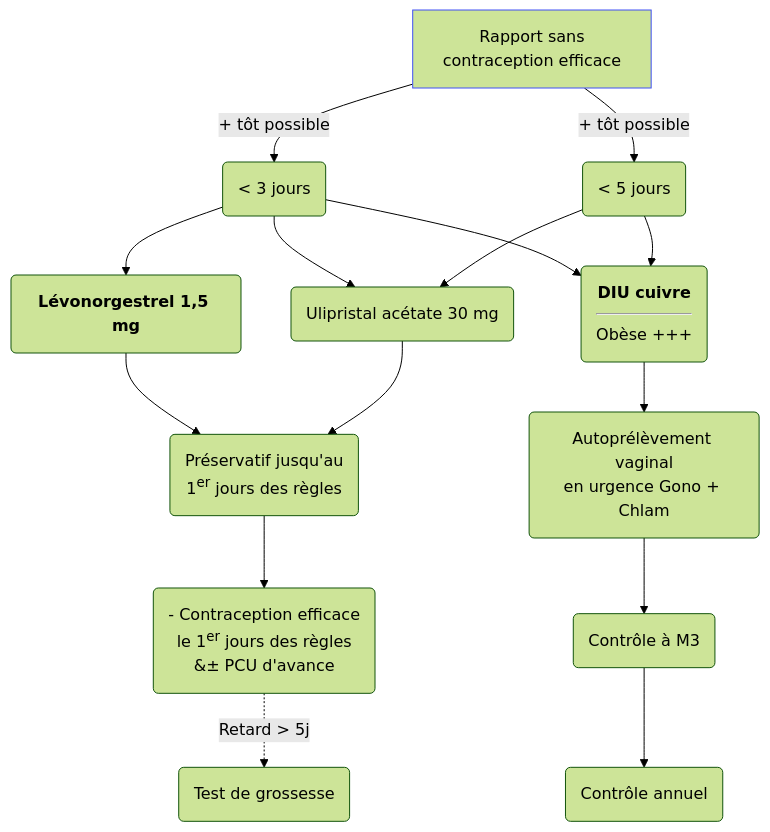
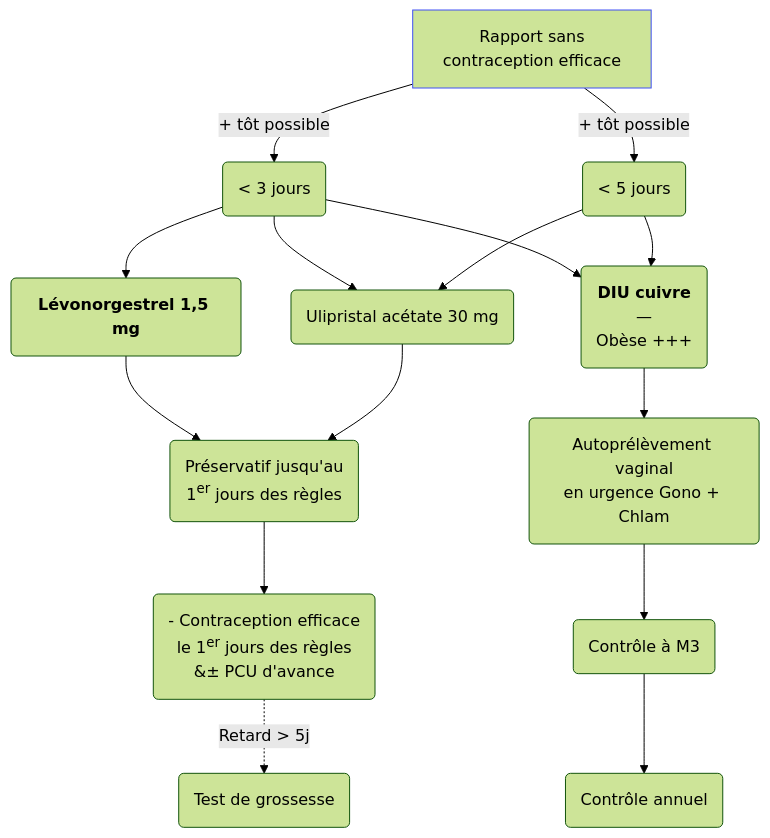
The diagram in content/recommandations/contraception-urgence.md (djibe/recommandations-medicales), drawn with Mermaid (forest theme) before and after one commit. The commit also changed 51 other files, not shown here.

```diff
--- a/content/recommandations/contraception-urgence.md
+++ b/content/recommandations/contraception-urgence.md
@@ -149,19 +149,19 @@
 {{< mermaid title="Conduite à tenir et prise en charge par une contraception d'urgence. Dr JB Fron d'après HAS 2019" >}}
 graph TB
 accTitle: Conduite à tenir et prise en charge par une contraception d'urgence d'après HAS 2019
   rapport[Rapport sans<br>contraception efficace] -- + tôt possible --> 3jours(&lt; 3 jours)
   style rapport stroke:#4150f5, stroke-width:1px
   rapport -- + tôt possible --> 5jours("&lt; 5 jours")
     3jours --> LN(<b>Lévonorgestrel 1,5 mg</b>)
       LN --> preservatif("Préservatif jusqu'au<br>1<sup>er</sup> jours des règles")
         preservatif --> contraception("- Contraception efficace<br>le 1<sup>er</sup> jours des règles<br>&#177; PCU d'avance")
           contraception -. Retard &gt; 5j .-> retard(Test de grossesse)
     3jours --> UPA(Ulipristal acétate 30 mg)
       UPA --> preservatif
-    3jours --> DIU(<b>DIU cuivre</b><hr>Obèse +++)
+    3jours --> DIU(<b>DIU cuivre</b><br>—<br>Obèse +++)
      DIU --> autoprlt(Autoprélèvement vaginal<br>en urgence Gono + Chlam)
        autoprlt --> controleDIU(Contrôle à M3)
          controleDIU --> controle(Contrôle annuel)
     5jours --> UPA
     5jours --> DIU
 {{< /mermaid >}}
```
